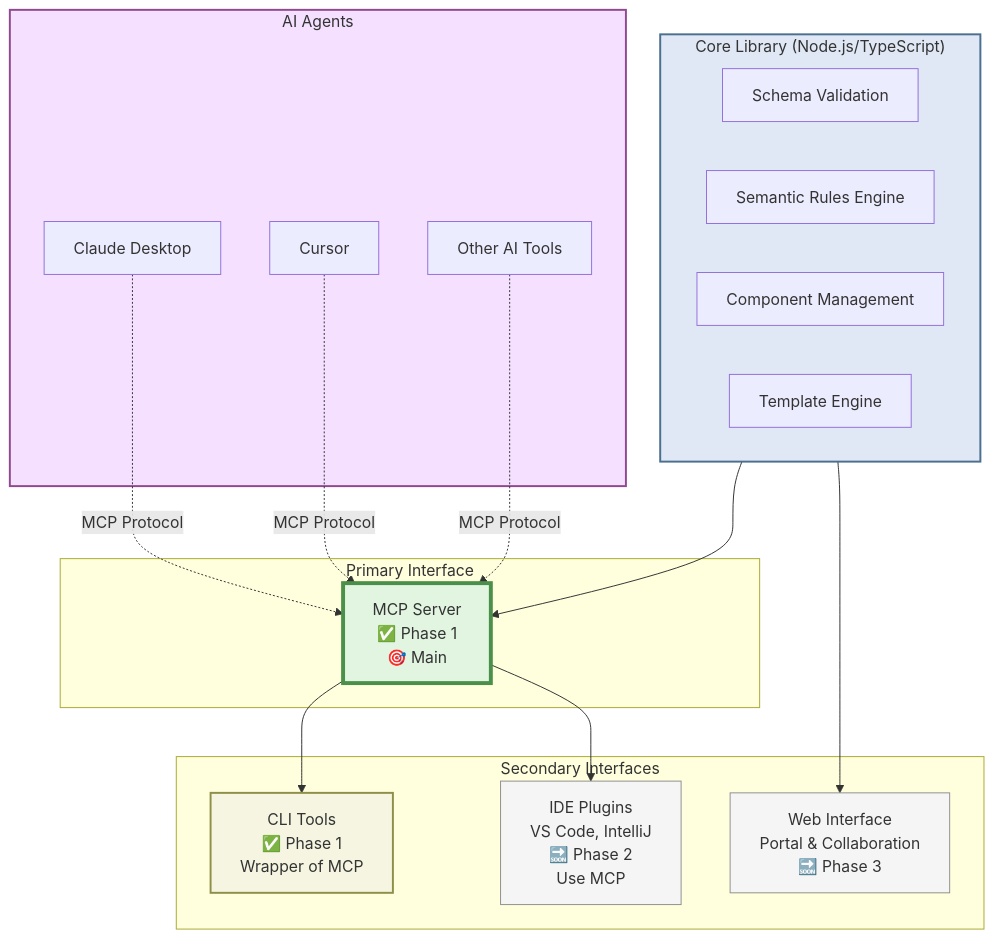
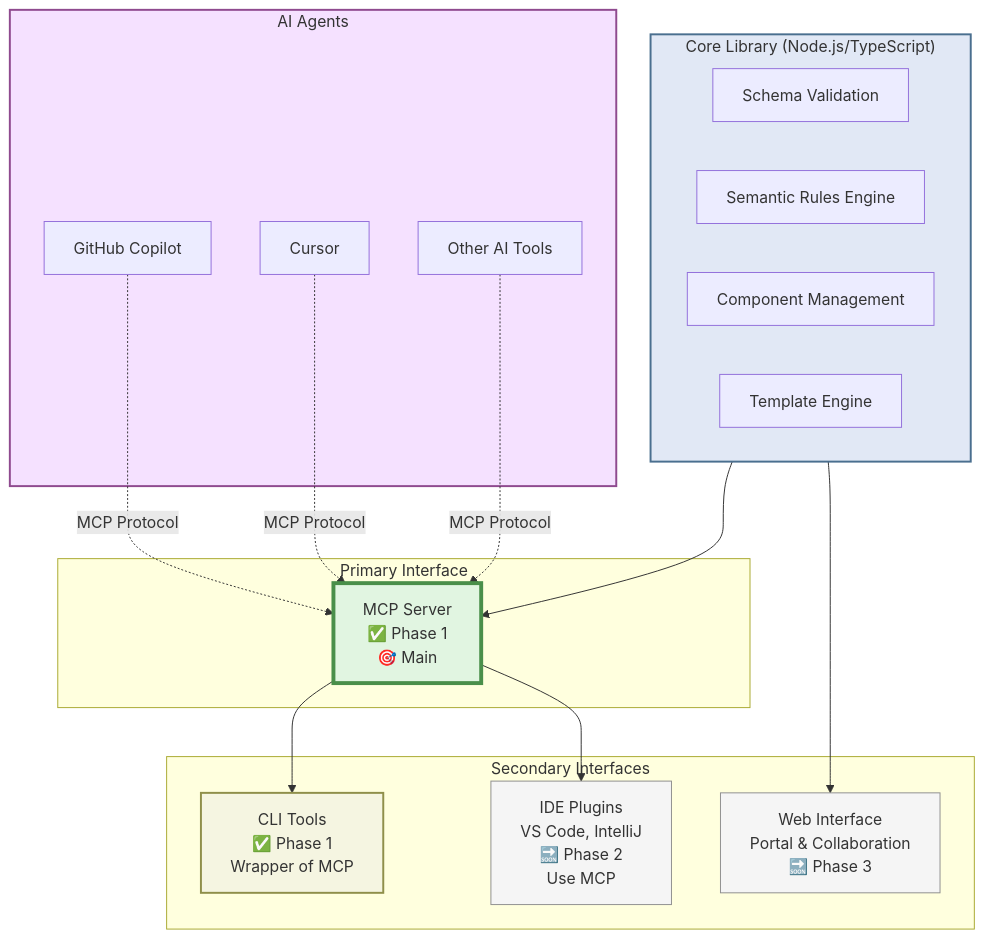
Before and after one commit to mahitotsu/ukiyoue: the third of 3 diagrams in docs/concept.md, drawn with Mermaid. The commit also changed other lines of this file and 6 other files, not shown here.

````diff
--- a/docs/concept.md
+++ b/docs/concept.md
@@ -971,41 +956,41 @@
 ```mermaid
 graph TB
     subgraph core["Core Library (Node.js/TypeScript)"]
         schema[Schema Validation]
         semantic[Semantic Rules Engine]
         component[Component Management]
         template[Template Engine]
     end
 
     subgraph primary["Primary Interface"]
         mcp[MCP Server<br/>✅ Phase 1<br/>🎯 Main]
     end
 
     subgraph secondary["Secondary Interfaces"]
         cli[CLI Tools<br/>✅ Phase 1<br/>Wrapper of MCP]
         ide[IDE Plugins<br/>VS Code, IntelliJ<br/>🔜 Phase 2<br/>Use MCP]
         web[Web Interface<br/>Portal & Collaboration<br/>🔜 Phase 3]
     end
 
     subgraph ai["AI Agents"]
-        claude[Claude Desktop]
+        copilot[GitHub Copilot]
         cursor[Cursor]
         other[Other AI Tools]
     end
 
     core --> mcp
     mcp --> cli
     mcp --> ide
     core --> web
 
-    claude -.->|MCP Protocol| mcp
+    copilot -.->|MCP Protocol| mcp
     cursor -.->|MCP Protocol| mcp
     other -.->|MCP Protocol| mcp
 
     style mcp fill:#e1f5e1,stroke:#4a8f4a,stroke-width:4px
     style cli fill:#f5f5e1,stroke:#8f8f4a,stroke-width:2px
     style ide fill:#f5f5f5,stroke:#8f8f8f
     style web fill:#f5f5f5,stroke:#8f8f8f
     style core fill:#e1e8f5,stroke:#4a6f8f,stroke-width:2px
     style ai fill:#f5e1ff,stroke:#8f4a8f,stroke-width:2px
 ```
````
